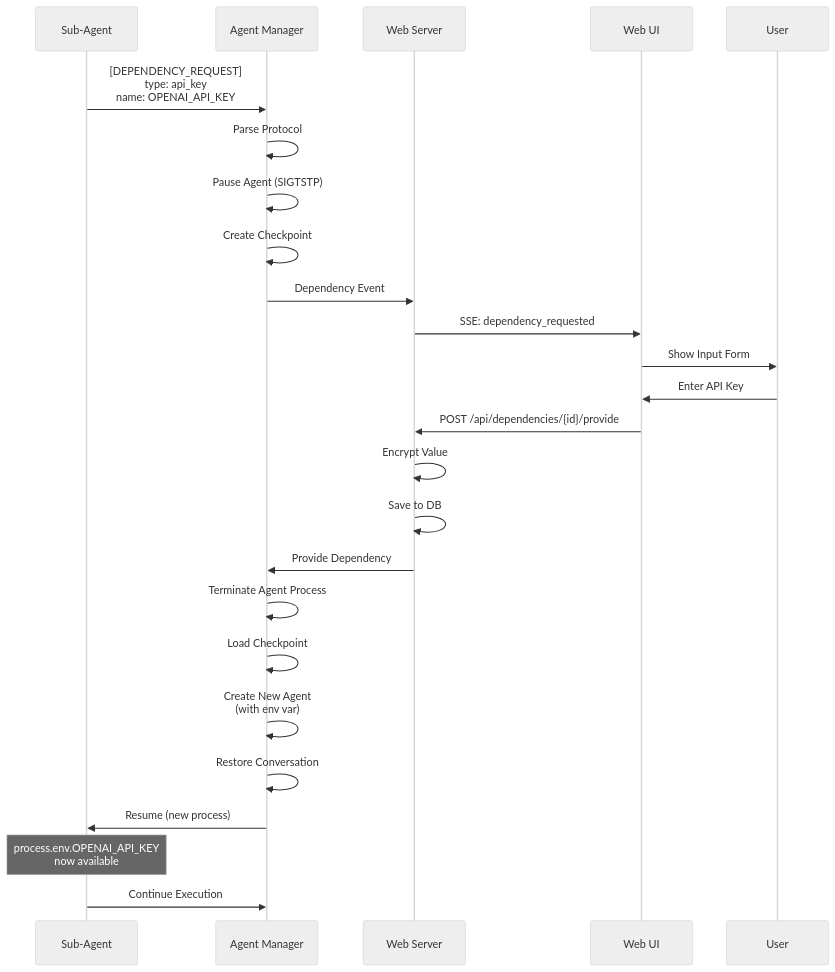
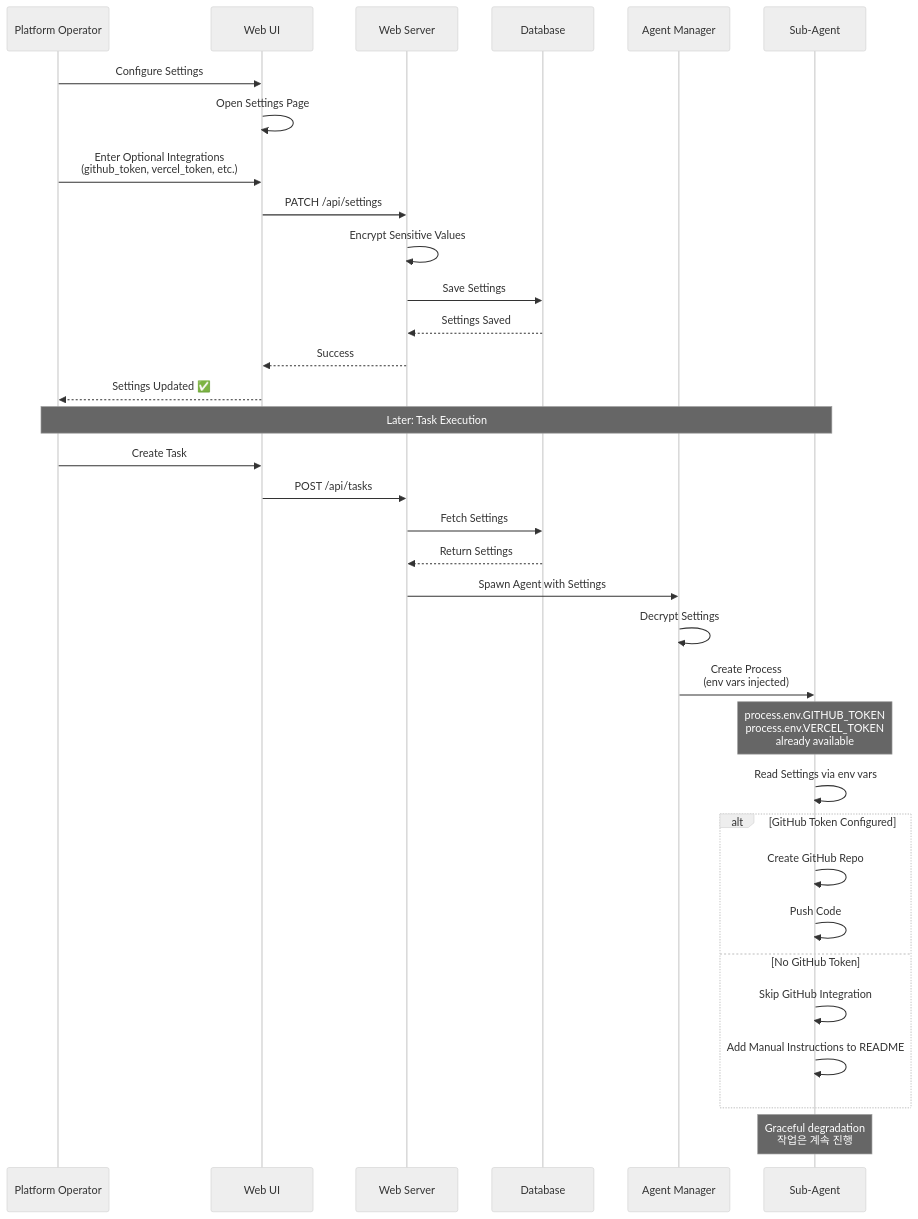
One commit to wntdev99/claude-code-server changed the third of 12 diagrams in docs/DIAGRAMS.md. Above: the diagram before and after it, drawn with Mermaid (neutral theme). The commit also changed other lines of this file and 19 other files, not shown here.

````diff
--- a/docs/DIAGRAMS.md
+++ b/docs/DIAGRAMS.md
@@ -86,28 +101,41 @@
 ```mermaid
 sequenceDiagram
+    participant User as Platform Operator
+    participant UI as Web UI
+    participant Server as Web Server
+    participant DB as Database
+    participant Manager as Agent Manager
     participant Agent as Sub-Agent
-    participant Manager as Agent Manager
-    participant Server as Web Server
-    participant UI as Web UI
-    participant User
 
-    Agent->>Manager: [DEPENDENCY_REQUEST]<br/>type: api_key<br/>name: OPENAI_API_KEY
-    Manager->>Manager: Parse Protocol
-    Manager->>Manager: Pause Agent (SIGTSTP)
-    Manager->>Manager: Create Checkpoint
-    Manager->>Server: Dependency Event
-    Server->>UI: SSE: dependency_requested
-    UI->>User: Show Input Form
-    User->>UI: Enter API Key
-    UI->>Server: POST /api/dependencies/{id}/provide
-    Server->>Server: Encrypt Value
-    Server->>Server: Save to DB
-    Server->>Manager: Provide Dependency
-    Manager->>Manager: Terminate Agent Process
-    Manager->>Manager: Load Checkpoint
-    Manager->>Manager: Create New Agent<br/>(with env var)
-    Manager->>Manager: Restore Conversation
-    Manager->>Agent: Resume (new process)
-    Note over Agent: process.env.OPENAI_API_KEY<br/>now available
-    Agent->>Manager: Continue Execution
+    User->>UI: Configure Settings
+    UI->>UI: Open Settings Page
+    User->>UI: Enter Optional Integrations<br/>(github_token, vercel_token, etc.)
+    UI->>Server: PATCH /api/settings
+    Server->>Server: Encrypt Sensitive Values
+    Server->>DB: Save Settings
+    DB-->>Server: Settings Saved
+    Server-->>UI: Success
+    UI-->>User: Settings Updated ✅
+
+    Note over User,Agent: Later: Task Execution
+
+    User->>UI: Create Task
+    UI->>Server: POST /api/tasks
+    Server->>DB: Fetch Settings
+    DB-->>Server: Return Settings
+    Server->>Manager: Spawn Agent with Settings
+    Manager->>Manager: Decrypt Settings
+    Manager->>Agent: Create Process<br/>(env vars injected)
+    Note over Agent: process.env.GITHUB_TOKEN<br/>process.env.VERCEL_TOKEN<br/>already available
+    Agent->>Agent: Read Settings via env vars
+
+    alt GitHub Token Configured
+        Agent->>Agent: Create GitHub Repo
+        Agent->>Agent: Push Code
+    else No GitHub Token
+        Agent->>Agent: Skip GitHub Integration
+        Agent->>Agent: Add Manual Instructions to README
+    end
+
+    Note over Agent: Graceful degradation<br/>작업은 계속 진행
 ```
````
